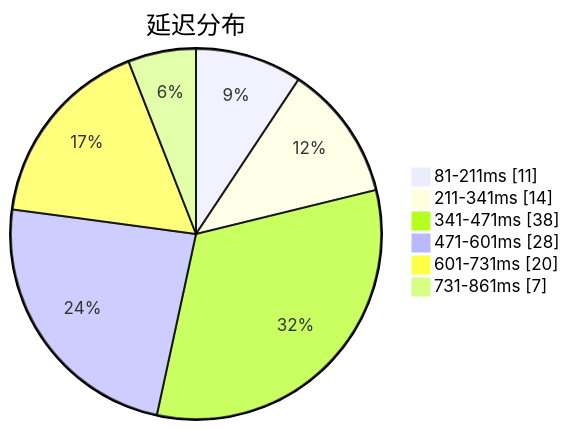
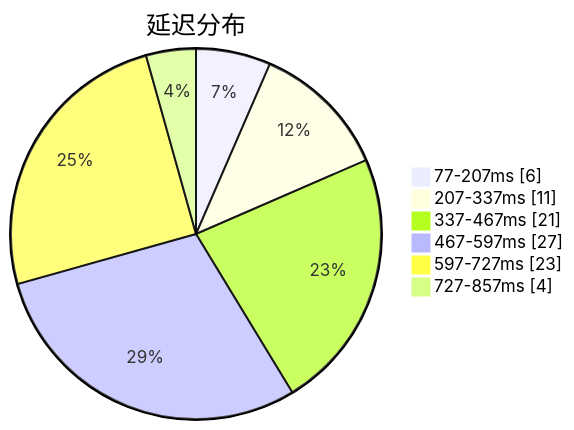
The first of 3 diagrams in subs/statistics/tested_within.md (sinspired/airport), drawn with Mermaid before and after one commit. The commit also changed other lines of this file and 2 other files, not shown here.

````diff
--- a/subs/statistics/tested_within.md
+++ b/subs/statistics/tested_within.md
@@ -2,10 +2,10 @@
 ```mermaid
 pie showData
 title 延迟分布
-"81-211ms" : 11
-"211-341ms" : 14
-"341-471ms" : 38
-"471-601ms" : 28
-"601-731ms" : 20
-"731-861ms" : 7
+"77-207ms" : 6
+"207-337ms" : 11
+"337-467ms" : 21
+"467-597ms" : 27
+"597-727ms" : 23
+"727-857ms" : 4
 ```
````
